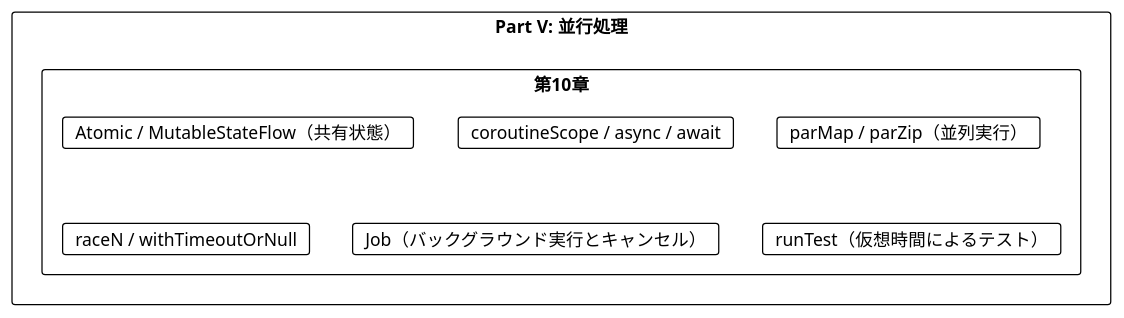
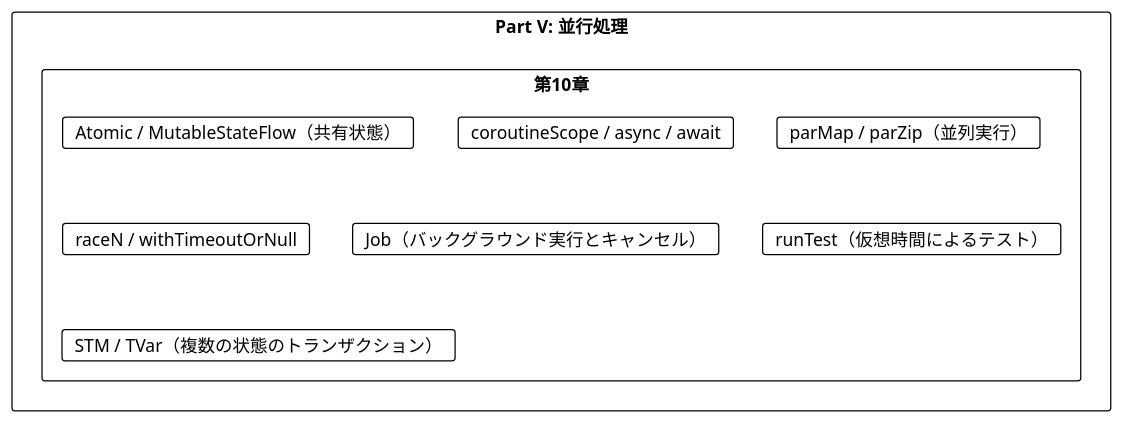
One commit to k2works/grokkingfp-excersice changed the fourth of 5 diagrams in docs/article/kotlin/part-5.md. Above: the diagram before and after it, drawn with PlantUML. The commit also changed other lines of this file and 5 other files, not shown here.

````diff
--- a/docs/article/kotlin/part-5.md
+++ b/docs/article/kotlin/part-5.md
@@ -668,17 +847,18 @@
 ```plantuml
 @startuml
 !theme plain
 
 rectangle "Part V: 並行処理" {
   rectangle "第10章" as ch10 {
     card "Atomic / MutableStateFlow（共有状態）"
     card "coroutineScope / async / await"
     card "parMap / parZip（並列実行）"
     card "raceN / withTimeoutOrNull"
     card "Job（バックグラウンド実行とキャンセル）"
     card "runTest（仮想時間によるテスト）"
+    card "STM / TVar（複数の状態のトランザクション）"
   }
 }
 
 @enduml
 ```
````
